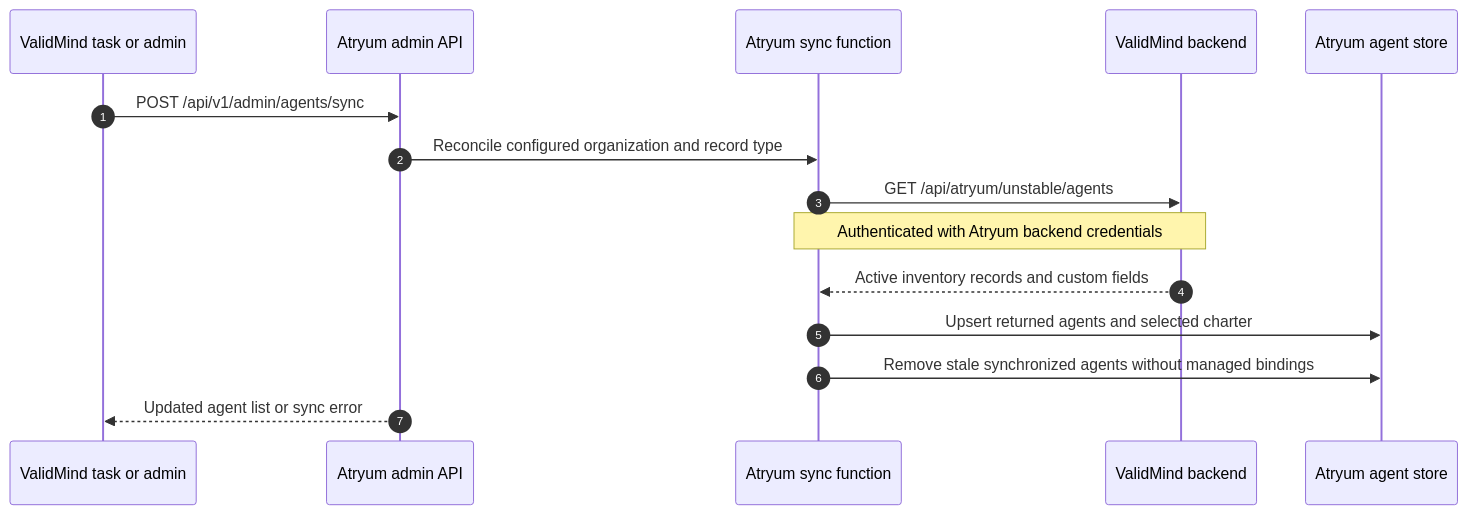
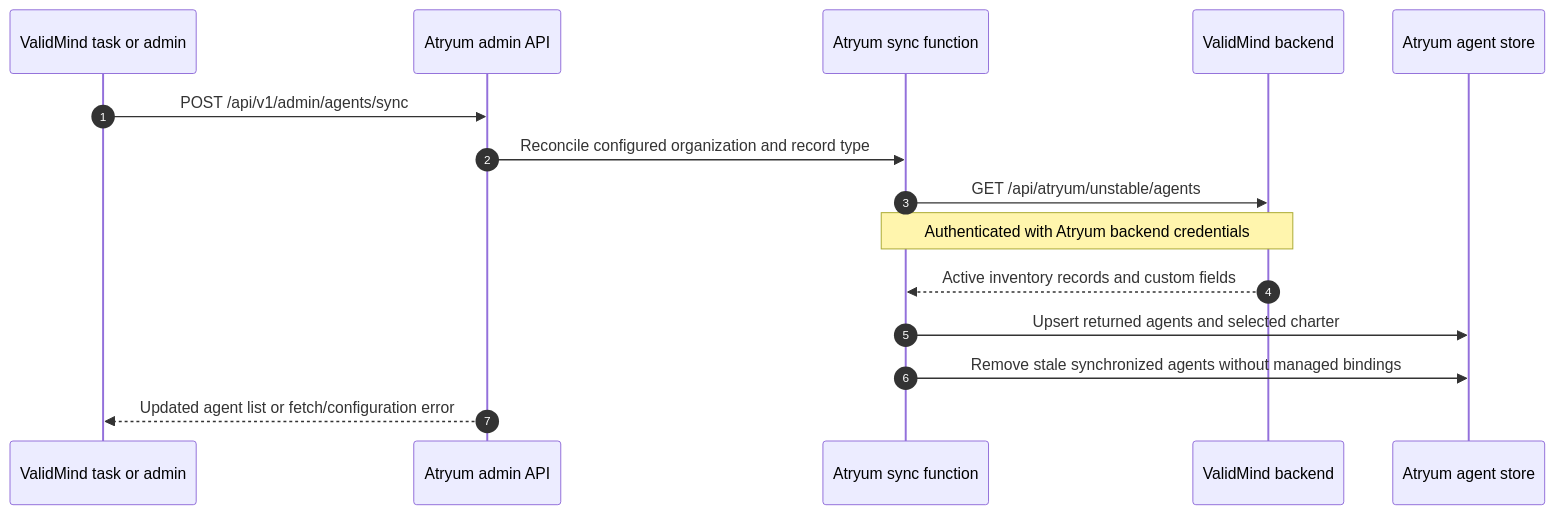
One commit to validmind/atryum changed the second of 4 diagrams in docs/validmind-integration-flow.md. Above: the diagram before and after it, drawn with Mermaid. The commit also changed other lines of this file and 1 other file, not shown here.

Commit message:
architecture notes updated

````diff
--- a/docs/validmind-integration-flow.md
+++ b/docs/validmind-integration-flow.md
@@ -90,18 +90,18 @@
 ```mermaid
 sequenceDiagram
     autonumber
     participant Trigger as ValidMind task or admin
     participant API as Atryum admin API
     participant Sync as Atryum sync function
     participant VM as ValidMind backend
     participant Store as Atryum agent store
 
     Trigger->>API: POST /api/v1/admin/agents/sync
     API->>Sync: Reconcile configured organization and record type
     Sync->>VM: GET /api/atryum/unstable/agents
     Note over Sync,VM: Authenticated with Atryum backend credentials
     VM-->>Sync: Active inventory records and custom fields
     Sync->>Store: Upsert returned agents and selected charter
     Sync->>Store: Remove stale synchronized agents without managed bindings
-    API-->>Trigger: Updated agent list or sync error
+    API-->>Trigger: Updated agent list or fetch/configuration error
 ```
````
